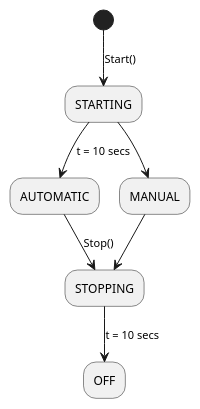
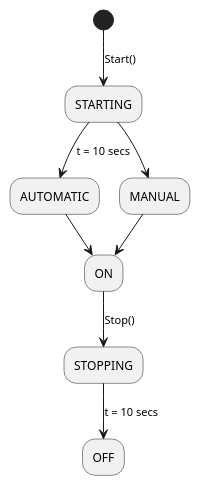
The diagram in Project/doc/КонечныйАвтомат.pu (fanglores/-), drawn with PlantUML before and after one commit.

```diff
--- a/Project/doc/КонечныйАвтомат.pu
+++ b/Project/doc/КонечныйАвтомат.pu
@@ -1,8 +1,9 @@
 @startuml
 (*) --> [Start()] "STARTING"
 "STARTING" --> [t = 10 secs] "AUTOMATIC"
 "STARTING" --> "MANUAL"
-"MANUAL" --> "STOPPING"
-"AUTOMATIC" --> [Stop()] "STOPPING"
+"MANUAL" --> "ON"
+"AUTOMATIC" --> "ON"
+"ON" --> [Stop()] "STOPPING"
 "STOPPING" --> [t = 10 secs] "OFF"
 @enduml
```
